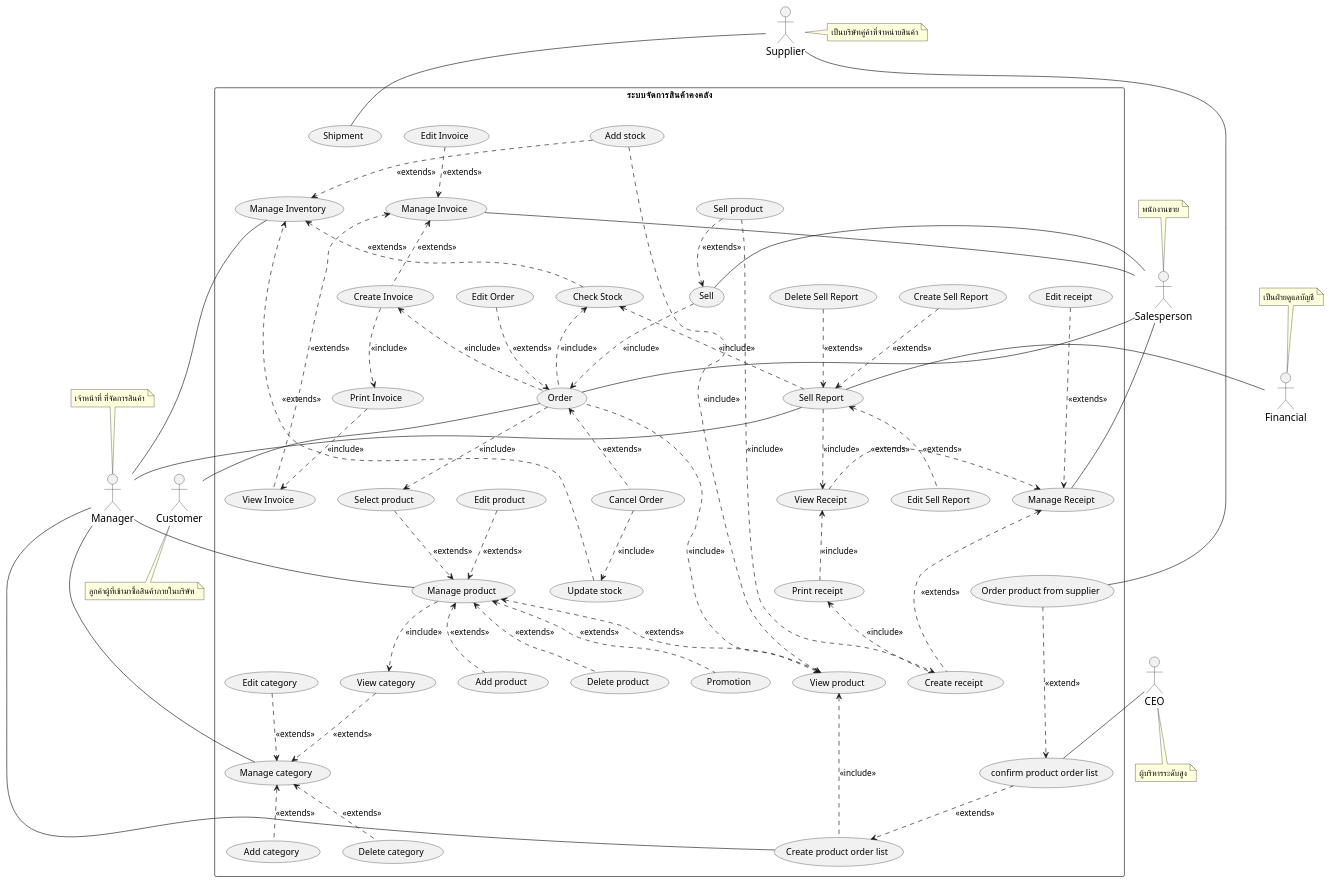
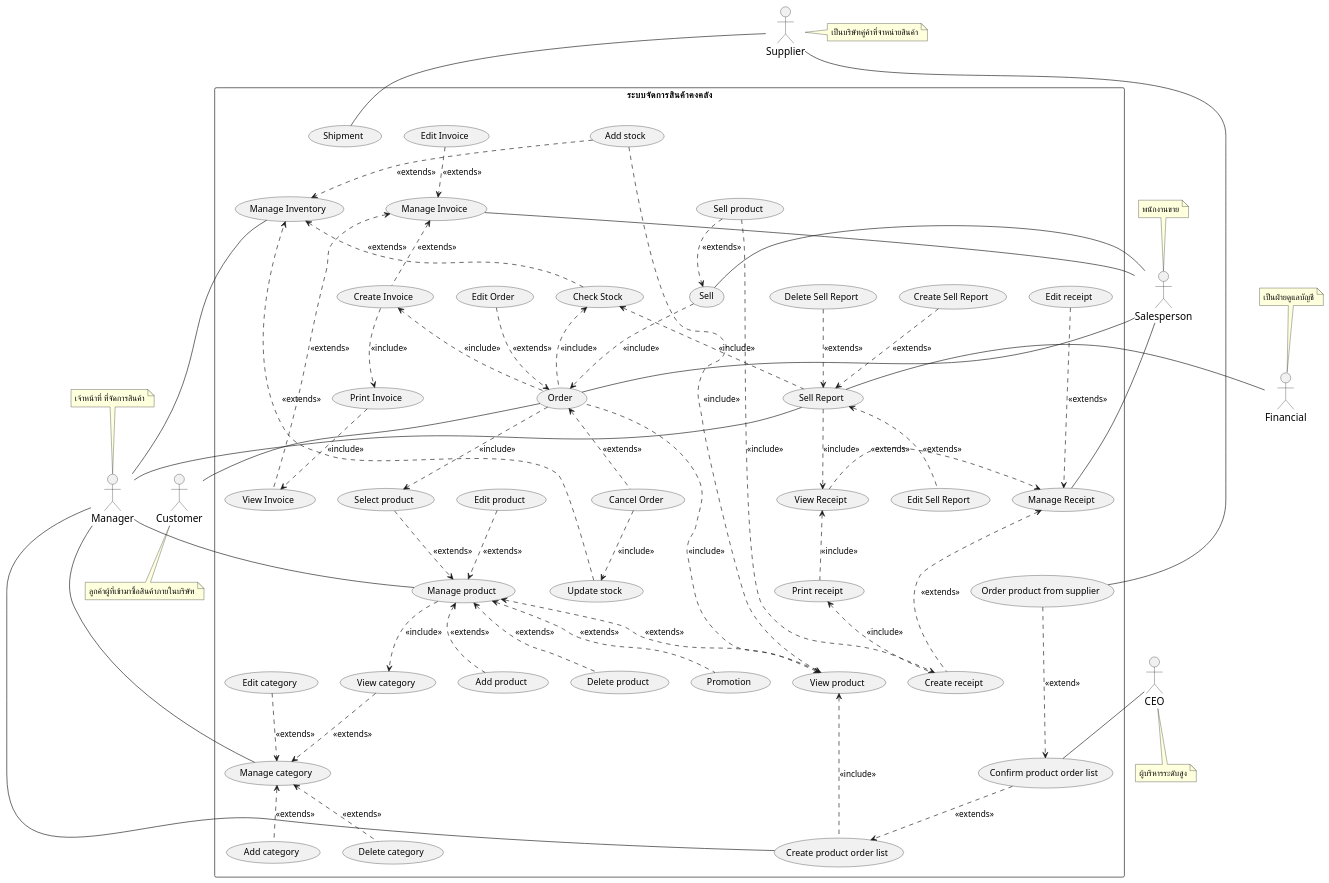
The diagram in system-analysis/usecase/_0_usecase-diagram.puml (billowdev/inventory-system-plantuml-sequelize-seeder-example), drawn with PlantUML before and after one commit.

```diff
--- a/system-analysis/usecase/_0_usecase-diagram.puml
+++ b/system-analysis/usecase/_0_usecase-diagram.puml
@@ -91,7 +91,7 @@
 
     usecase (Order product from supplier) as (usecaseOrderProductFromSupplier)
     usecase (Create product order list) as (usecaseCreateProductOrderList)
-    usecase (confirm product order list) as (usecaseConfirmOrderList)
+    usecase (Confirm product order list) as (usecaseConfirmOrderList)
 
     ' ================ Stock ================
     usecase (Manage Inventory) as (usecaseInventory)
```
